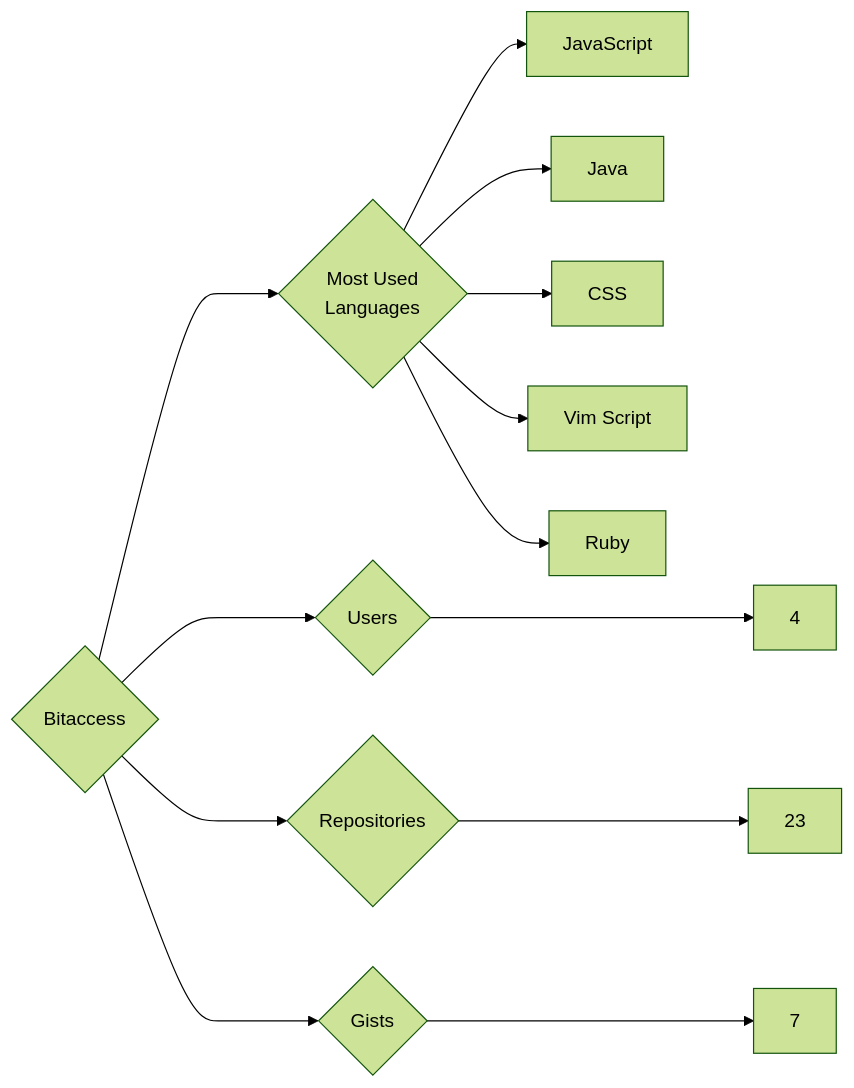
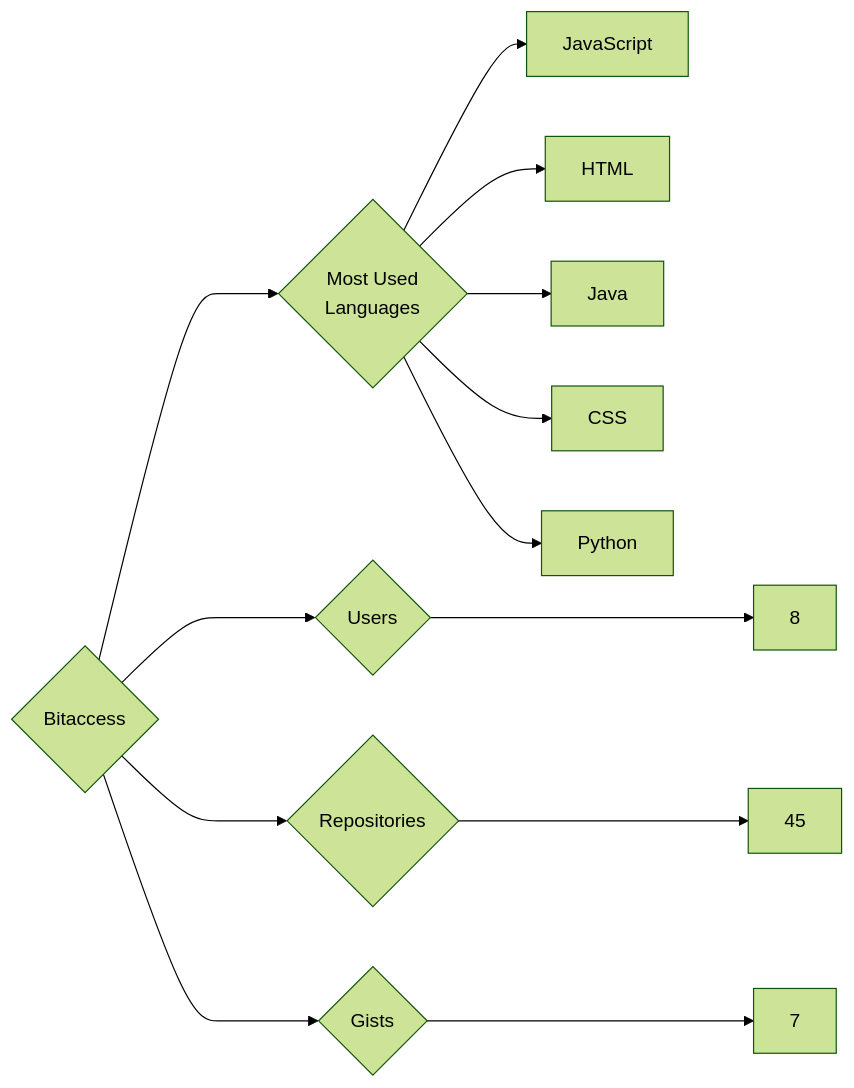
One commit to trickest/insiders changed the diagram in targets/Bitaccess/README.md. Above: the diagram before and after it, drawn with Mermaid (forest theme). The commit also changed 639 other files, not shown here.

````diff
--- a/targets/Bitaccess/README.md
+++ b/targets/Bitaccess/README.md
@@ -3,13 +3,13 @@
 ```mermaid
 graph LR
 COMPANY_NAME{Bitaccess}
-COMPANY_NAME ---> U{Users} ---> UN[4]
-COMPANY_NAME ---> R{Repositories} ---> RN[23]
+COMPANY_NAME ---> U{Users} ---> UN[8]
+COMPANY_NAME ---> R{Repositories} ---> RN[45]
 COMPANY_NAME ---> G{Gists} ---> GN[7]
 COMPANY_NAME ---> ML{Most Used<br>Languages}
 ML --> JavaScript[JavaScript]
+ML --> HTML[HTML]
 ML --> Java[Java]
 ML --> CSS[CSS]
-ML --> Vim_Script[Vim Script]
-ML --> Ruby[Ruby]
+ML --> Python[Python]
 ```
````
